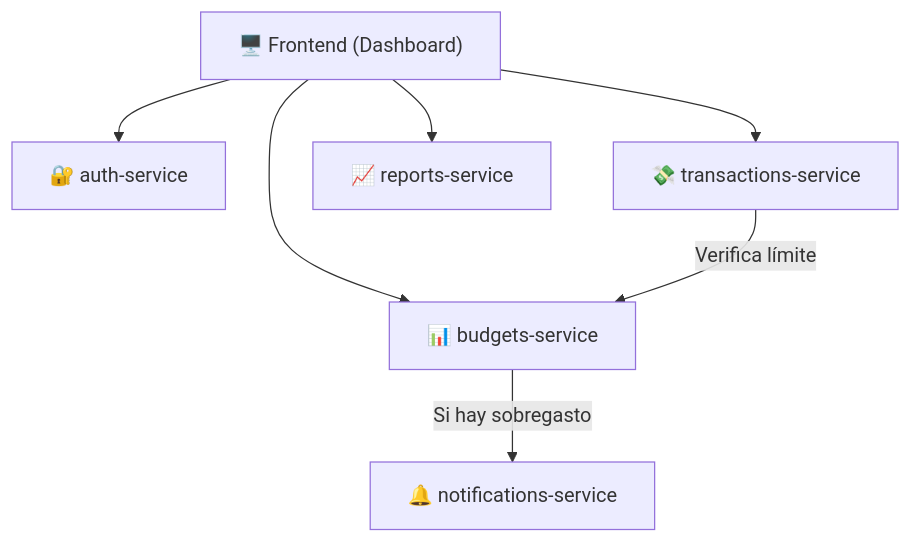
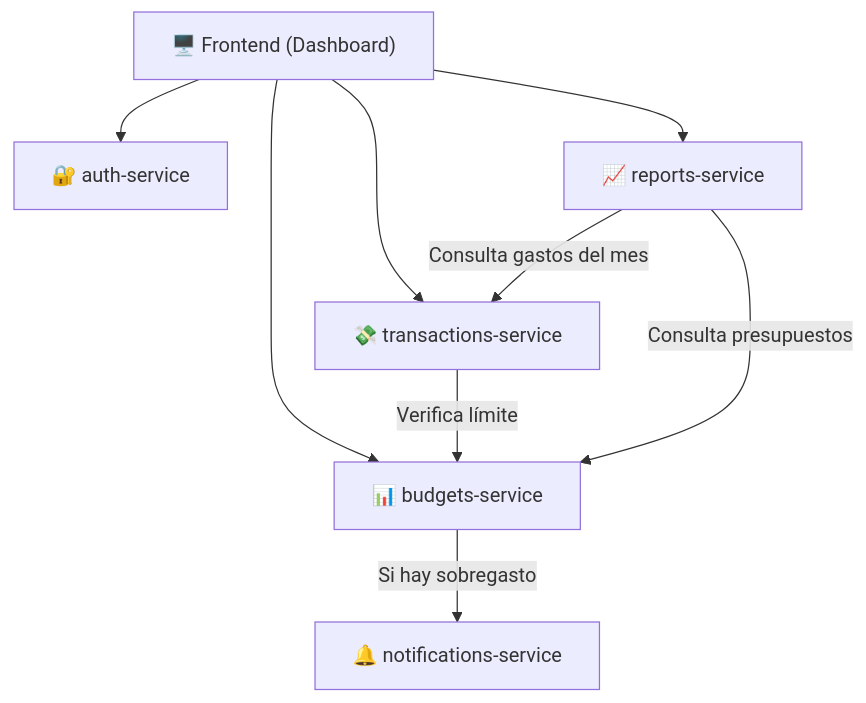
Before and after one commit to xagv/centavo-antigravity: the diagram in README.md, drawn with Mermaid. The commit also changed 15 other files, not shown here.

````diff
--- a/README.md
+++ b/README.md
@@ -24,12 +24,14 @@
 ```mermaid
 flowchart TD
     Frontend["🖥️ Frontend (Dashboard)"]
 
     Frontend --> Auth["🔐 auth-service"]
     Frontend --> Transactions["💸 transactions-service"]
     Frontend --> Budgets["📊 budgets-service"]
     Frontend --> Reports["📈 reports-service"]
 
     Transactions -->|"Verifica límite"| Budgets
     Budgets -->|"Si hay sobregasto"| Notifications["🔔 notifications-service"]
+    Reports -->|"Consulta gastos del mes"| Transactions
+    Reports -->|"Consulta presupuestos"| Budgets
 ```
````
